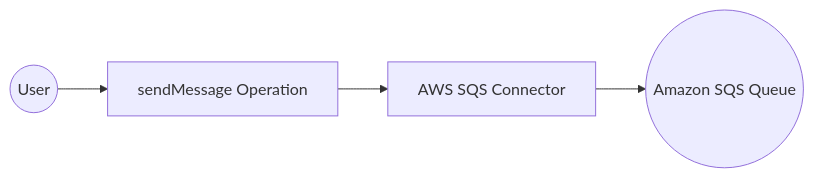
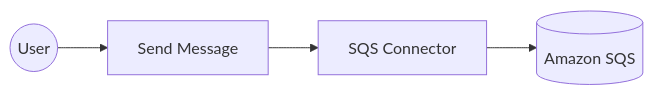
One commit to anuruddhal/docs-integrator changed the diagram in docs/connectors/catalog/messaging/aws.sqs/example.md. Above: the diagram before and after it, drawn with Mermaid. The commit also changed other lines of this file and 3121 other files, not shown here.

````diff
--- a/docs/connectors/catalog/messaging/aws.sqs/example.md
+++ b/docs/connectors/catalog/messaging/aws.sqs/example.md
@@ -12,6 +12,6 @@
 ```mermaid
 flowchart LR
-    A((User)) --> B[sendMessage Operation]
-    B --> C[AWS SQS Connector]
-    C --> D((Amazon SQS Queue))
+    A((User)) --> B[Send Message]
+    B --> C[SQS Connector]
+    C --> D[(Amazon SQS)]
 ```
````
